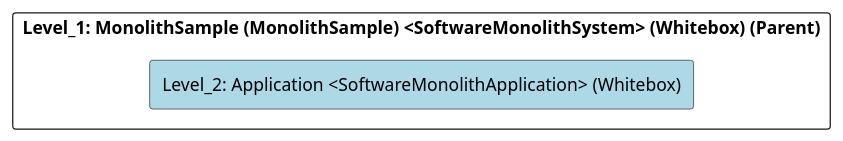
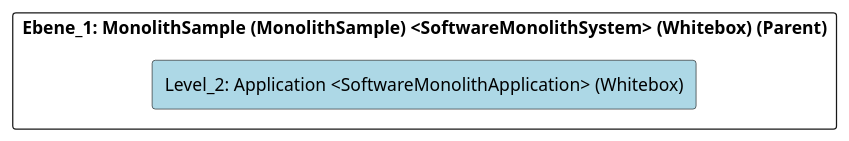
Before and after one commit to marcozwyssig/cleon: the diagram in src/cleon.architecturemethods.arc42.sample/doc/cleon_architecturemethods_arc42_sample_software_monolith/adoc/en/05_building_block_view/monolithsample/application/level_2_application.adoc, drawn with PlantUML. The commit also changed other lines of this file and 620 other files, not shown here.

```diff
--- a/src/cleon.architecturemethods.arc42.sample/doc/cleon_architecturemethods_arc42_sample_software_monolith/adoc/en/05_building_block_view/monolithsample/application/level_2_application.adoc
+++ b/src/cleon.architecturemethods.arc42.sample/doc/cleon_architecturemethods_arc42_sample_software_monolith/adoc/en/05_building_block_view/monolithsample/application/level_2_application.adoc
@@ -20,24 +20,24 @@
 [plantuml, Level_2: Application <SoftwareMonolithApplication> (Whitebox)BlockOverview, format="svg"]
 ----
 @startuml Level_2: Application <SoftwareMonolithApplication> (Whitebox)BuildingBlockOverview
 
 skinparam ranksep 10
 skinparam componentStyle rectangle
 skinparam shadowing false
 skinparam arrowColor lightblue
 skinparam arrowThickness 1.2
 skinparam rectangle {
   BackgroundColor White
   BorderColor #333
   RoundCorner 10
 }
 top to bottom direction
 
-component "Level_1: MonolithSample (MonolithSample) <SoftwareMonolithSystem> (Whitebox) (Parent)" {
+component "Ebene_1: MonolithSample (MonolithSample) <SoftwareMonolithSystem> (Whitebox) (Parent)" {
     component "Level_2: Application <SoftwareMonolithApplication> (Whitebox)" #lightblue {
     }
 
 }
 
 @enduml
 ----
```
